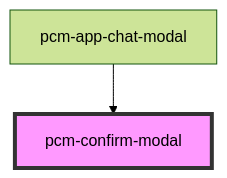
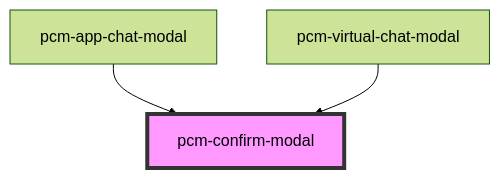
The diagram in packages/pcm-agents/docs/components/pcm-confirm-modal/readme.md (Pincaimao/pcm-agents-sdk), drawn with Mermaid (forest theme) before and after one commit. The commit also changed other lines of this file and 12 other files, not shown here.

````diff
--- a/packages/pcm-agents/docs/components/pcm-confirm-modal/readme.md
+++ b/packages/pcm-agents/docs/components/pcm-confirm-modal/readme.md
@@ -66,5 +67,6 @@
 ```mermaid
 graph TD;
   pcm-app-chat-modal --> pcm-confirm-modal
+  pcm-virtual-chat-modal --> pcm-confirm-modal
   style pcm-confirm-modal fill:#f9f,stroke:#333,stroke-width:4px
 ```
````
